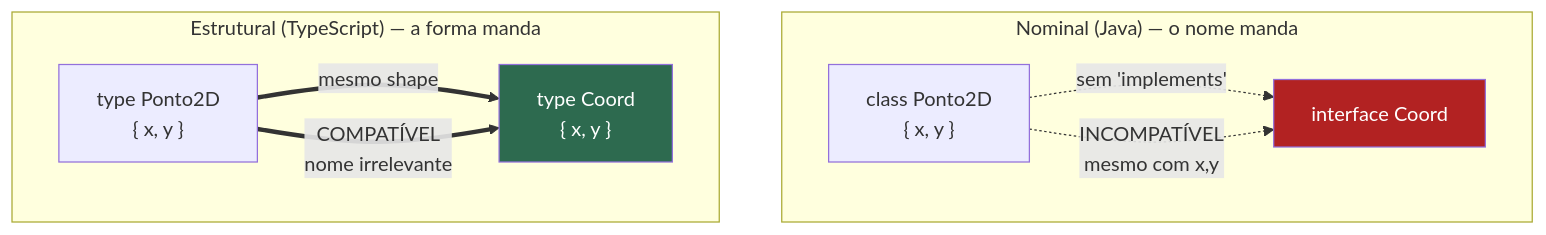
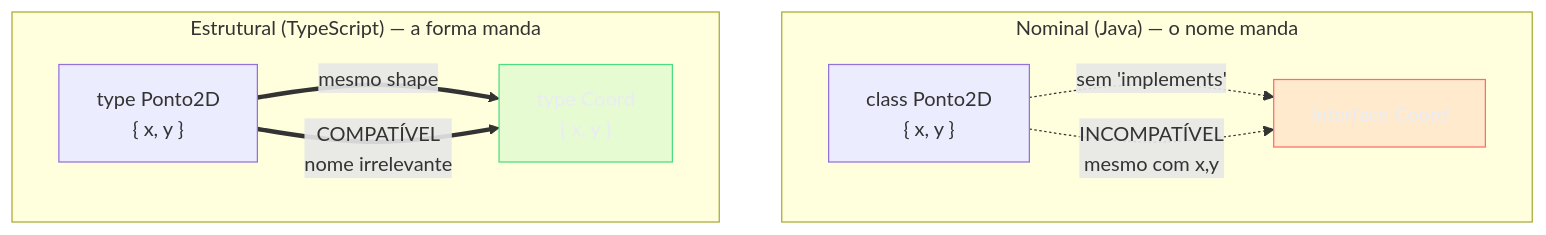
Before and after one commit to josenaldo/codex-technomanticus: the fourth of 5 diagrams in 03-Dominios/Ciência/Paradigmas/13 - Sistemas de tipos.md, drawn with Mermaid. The commit also changed other lines of this file and 1181 other files, not shown here.

First line of the commit message:
fix(diagramas): paleta do sistema no lugar de cor cravada no markdown

````diff
--- a/03-Dominios/Ciência/Paradigmas/13 - Sistemas de tipos.md
+++ b/03-Dominios/Ciência/Paradigmas/13 - Sistemas de tipos.md
@@ -166,13 +174,15 @@
 ```mermaid
 flowchart TB
+    classDef falha fill:#FF6B6B24,stroke:#FF6B6B,color:#E9ECF2
+    classDef ok fill:#4ADE8021,stroke:#4ADE80,color:#E9ECF2
     subgraph NOM["Nominal (Java) — o nome manda"]
         N1["class Ponto2D<br/>{ x, y }"] -.->|"sem 'implements'"| N2["interface Coord"]
         N1 -.->|"INCOMPATÍVEL<br/>mesmo com x,y"| N2
     end
     subgraph EST["Estrutural (TypeScript) — a forma manda"]
         S1["type Ponto2D<br/>{ x, y }"] ==>|"mesmo shape"| S2["type Coord<br/>{ x, y }"]
         S1 ==>|"COMPATÍVEL<br/>nome irrelevante"| S2
     end
-    style N2 fill:#b22222,color:#fff
-    style S2 fill:#2d6a4f,color:#fff
+    class N2 falha
+    class S2 ok
 ```
````
